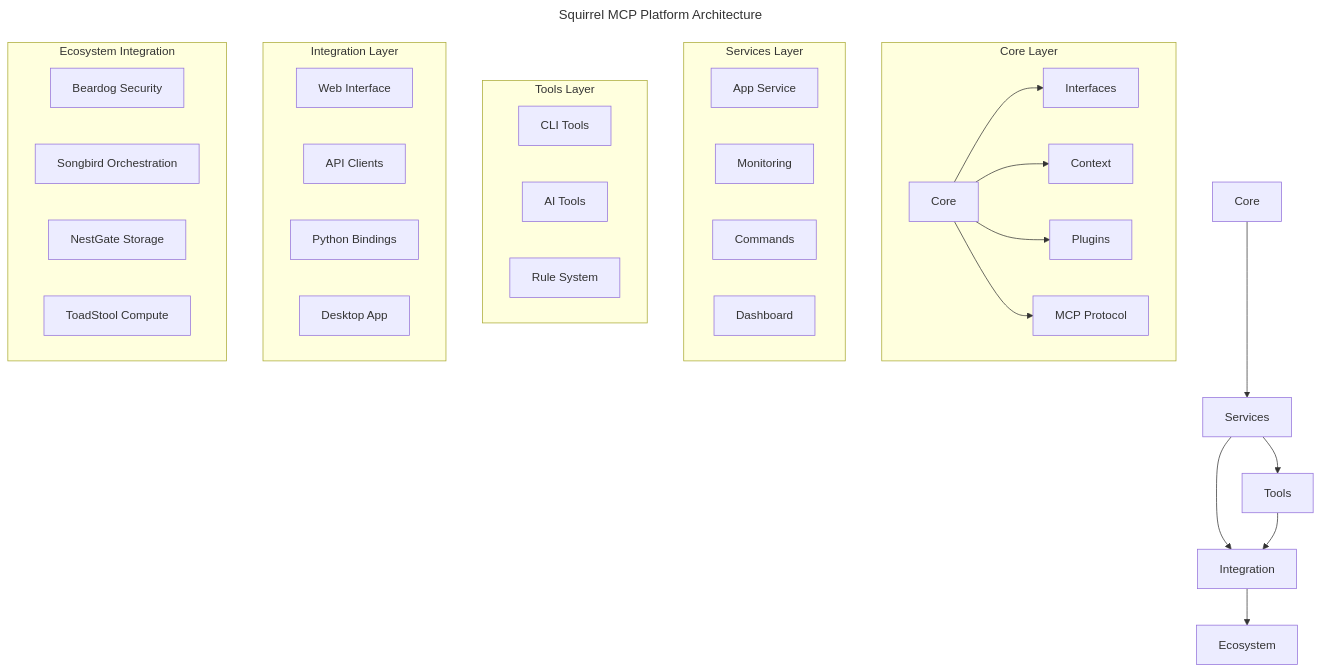
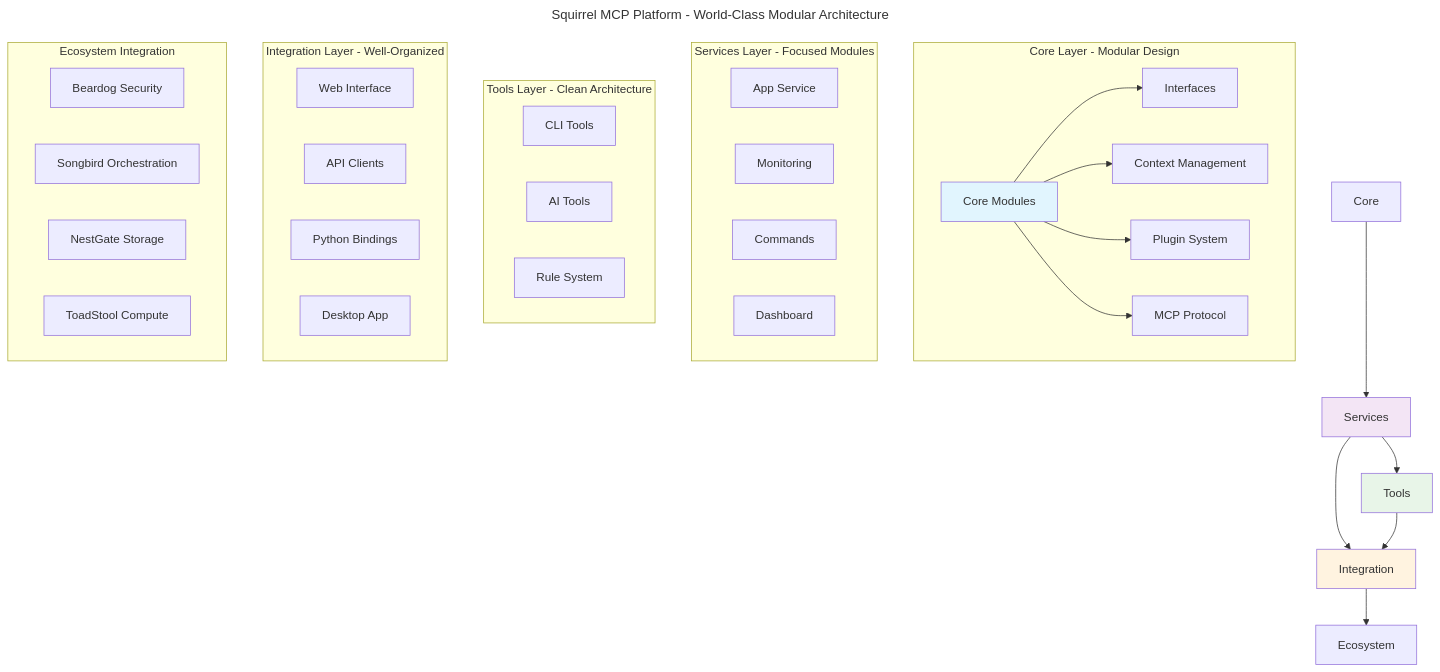
One commit to ecoPrimals/squirrel changed the diagram in README.md. Above: the diagram before and after it, drawn with Mermaid. The commit also changed other lines of this file and 78 other files, not shown here.

````diff
--- a/README.md
+++ b/README.md
@@ -35,45 +61,50 @@
 ```mermaid
 ---
-title: Squirrel MCP Platform Architecture
+title: Squirrel MCP Platform - World-Class Modular Architecture
 ---
 graph TB
-    subgraph "Core Layer"
-        C[Core] --> I[Interfaces]
-        C --> CTX[Context]
-        C --> P[Plugins]
+    subgraph "Core Layer - Modular Design"
+        C[Core Modules] --> I[Interfaces]
+        C --> CTX[Context Management]
+        C --> P[Plugin System]
         C --> MCP[MCP Protocol]
     end
     
-    subgraph "Services Layer"
+    subgraph "Services Layer - Focused Modules"
         APP[App Service]
         MON[Monitoring]
         CMD[Commands]
         DASH[Dashboard]
     end
     
-    subgraph "Tools Layer"
+    subgraph "Tools Layer - Clean Architecture"
         CLI[CLI Tools]
         AI[AI Tools] 
         RULES[Rule System]
     end
     
-    subgraph "Integration Layer"
+    subgraph "Integration Layer - Well-Organized"
         WEB[Web Interface]
         API[API Clients]
         PYO3[Python Bindings]
         TAURI[Desktop App]
     end
     
     subgraph "Ecosystem Integration"
         BEARDOG[Beardog Security]
         SONGBIRD[Songbird Orchestration]
         NESTGATE[NestGate Storage]
         TOADSTOOL[ToadStool Compute]
     end
     
     Core --> Services
     Services --> Tools
     Services --> Integration
     Tools --> Integration
     Integration --> Ecosystem
+    
+    style C fill:#e1f5fe
+    style Services fill:#f3e5f5
+    style Tools fill:#e8f5e8
+    style Integration fill:#fff3e0
 ```
````
